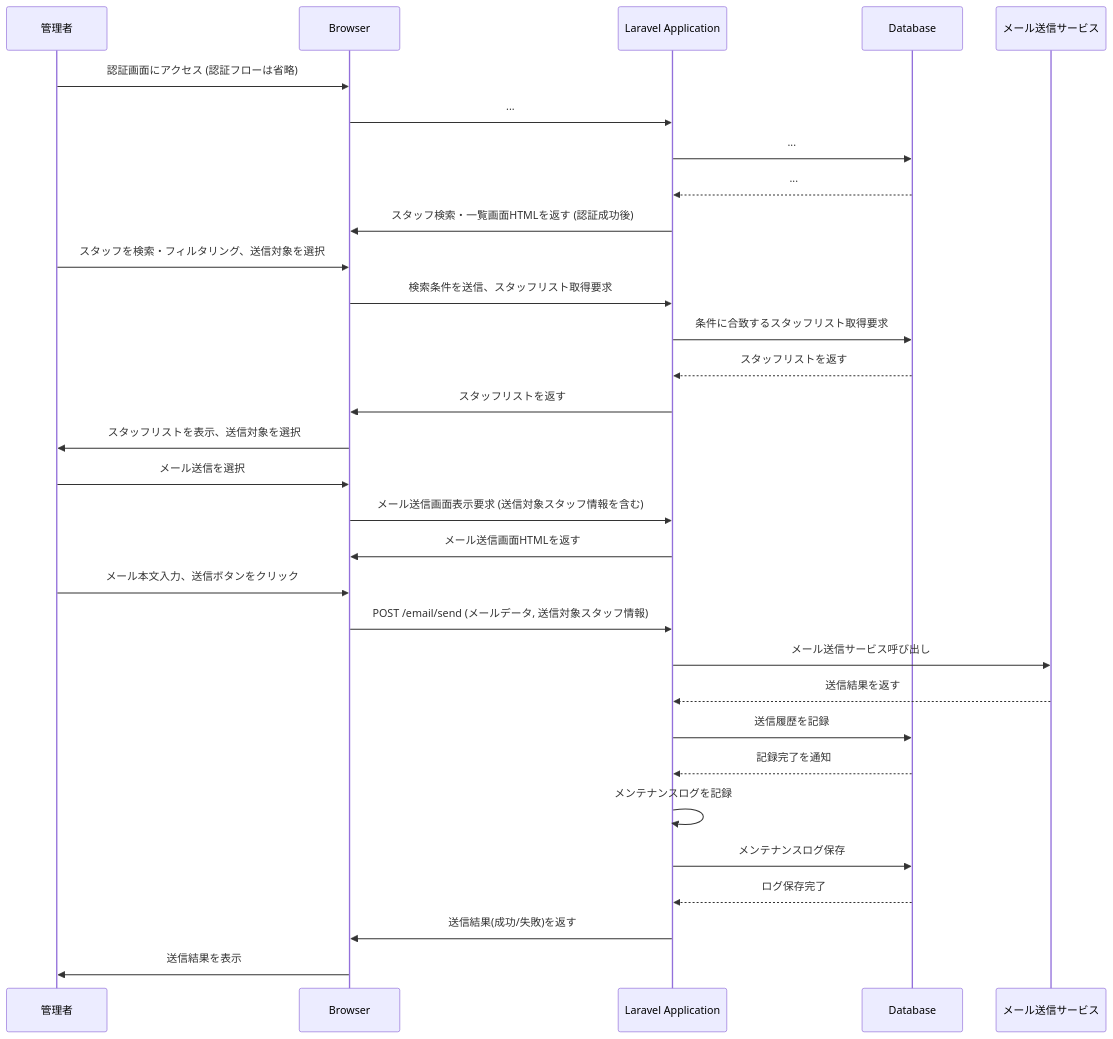
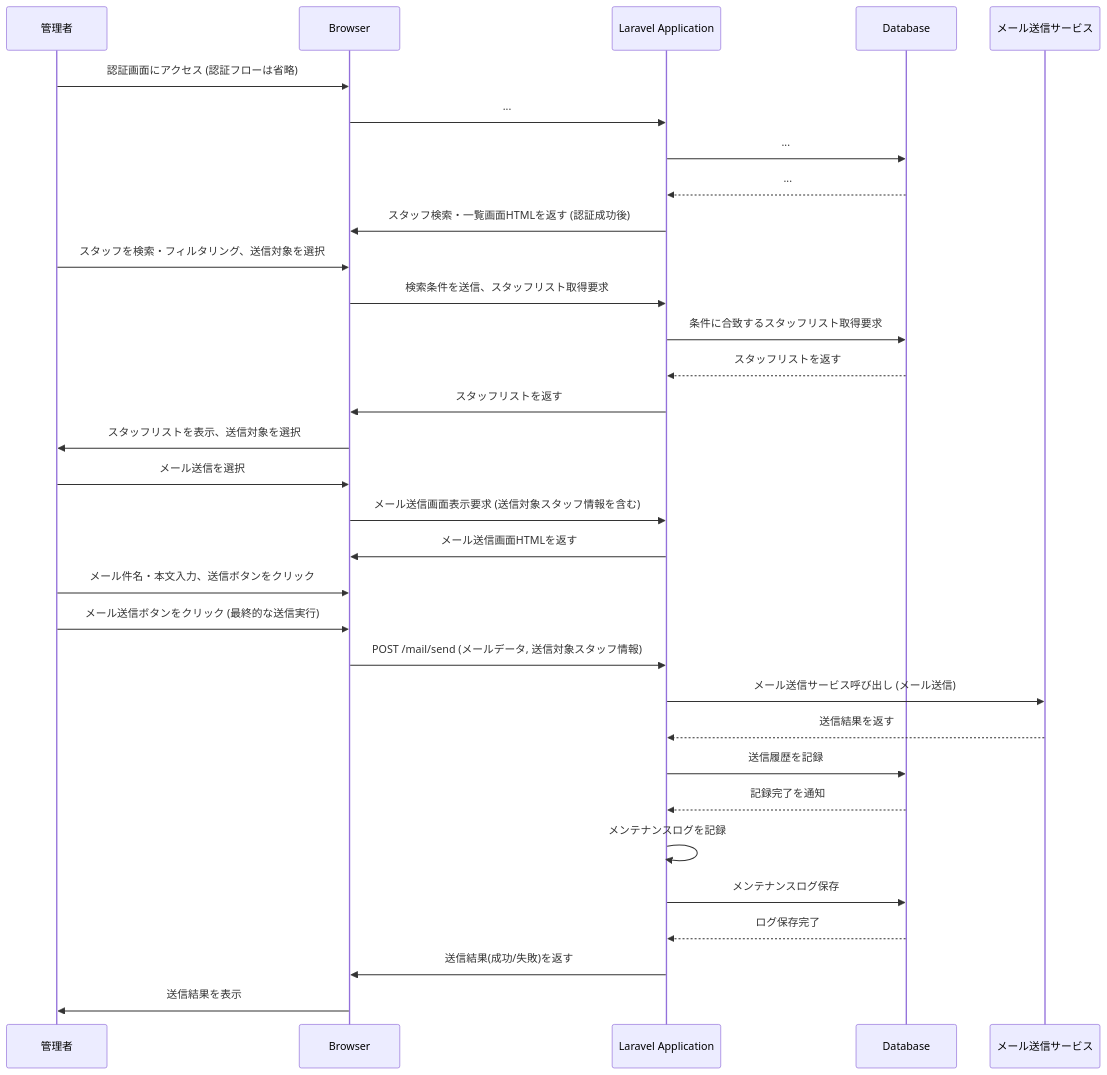
The second of 4 diagrams in Doc/04_sequences.md (Hideo0121/SSns.prj), drawn with Mermaid before and after one commit. The commit also changed other lines of this file and 3 other files, not shown here.

````diff
--- a/Doc/04_sequences.md
+++ b/Doc/04_sequences.md
@@ -106,34 +67,35 @@
 ```mermaid
 sequenceDiagram
     participant AdminUser as 管理者
     participant Browser
     participant WebServer as Laravel Application
     participant Database
     participant MailService as メール送信サービス
 
     AdminUser->>Browser: 認証画面にアクセス (認証フローは省略)
     Browser->>WebServer: ...
     WebServer->>Database: ...
     Database-->>WebServer: ...
     WebServer->>Browser: スタッフ検索・一覧画面HTMLを返す (認証成功後)
     AdminUser->>Browser: スタッフを検索・フィルタリング、送信対象を選択
     Browser->>WebServer: 検索条件を送信、スタッフリスト取得要求
     WebServer->>Database: 条件に合致するスタッフリスト取得要求
     Database-->>WebServer: スタッフリストを返す
     WebServer->>Browser: スタッフリストを返す
     Browser->>AdminUser: スタッフリストを表示、送信対象を選択
     AdminUser->>Browser: メール送信を選択
     Browser->>WebServer: メール送信画面表示要求 (送信対象スタッフ情報を含む)
     WebServer->>Browser: メール送信画面HTMLを返す
-    AdminUser->>Browser: メール本文入力、送信ボタンをクリック
-    Browser->>WebServer: POST /email/send (メールデータ, 送信対象スタッフ情報)
-    WebServer->>MailService: メール送信サービス呼び出し
+    AdminUser->>Browser: メール件名・本文入力、送信ボタンをクリック
+    AdminUser->>Browser: メール送信ボタンをクリック (最終的な送信実行)
+    Browser->>WebServer: POST /mail/send (メールデータ, 送信対象スタッフ情報)
+    WebServer->>MailService: メール送信サービス呼び出し (メール送信)
     MailService-->>WebServer: 送信結果を返す
     WebServer->>Database: 送信履歴を記録
     Database-->>WebServer: 記録完了を通知
     WebServer->>WebServer: メンテナンスログを記録
     WebServer->>Database: メンテナンスログ保存
     Database-->>WebServer: ログ保存完了
     WebServer->>Browser: 送信結果(成功/失敗)を返す
     Browser->>AdminUser: 送信結果を表示
 ```
````
